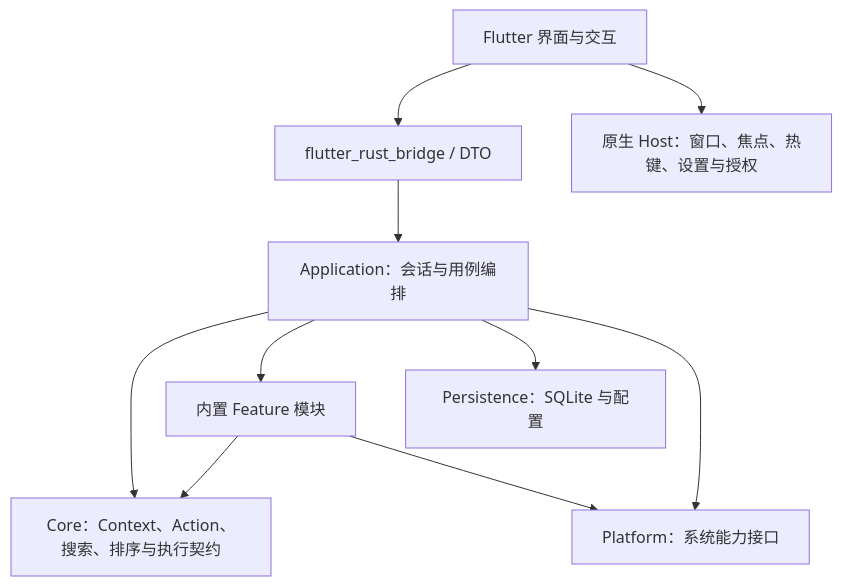
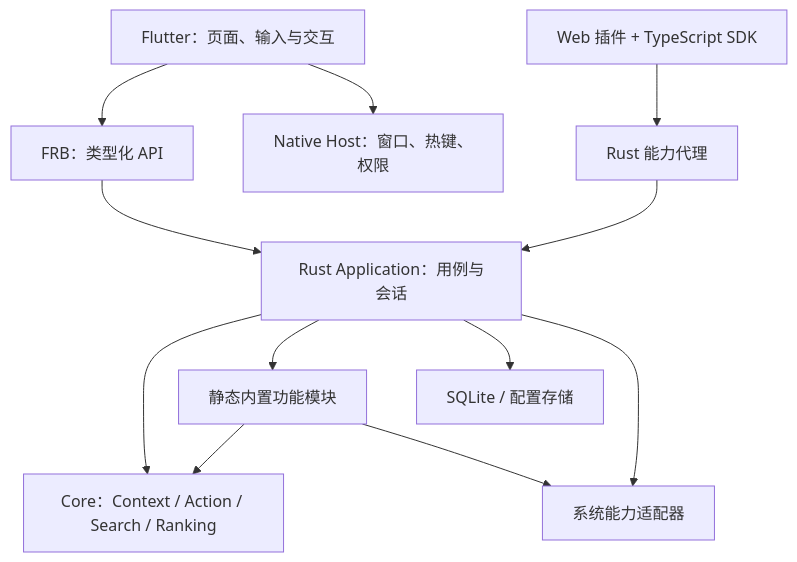
The diagram in README.md (FantasyDream/Anywhere), drawn with Mermaid before and after one commit. The commit also changed other lines of this file and 258 other files, not shown here.

````diff
--- a/README.md
+++ b/README.md
@@ -191,12 +51,14 @@
 ```mermaid
 flowchart TD
-    UI[Flutter 界面与交互] --> FRB[flutter_rust_bridge / DTO]
-    UI --> Host[原生 Host：窗口、焦点、热键、设置与授权]
-    FRB --> App[Application：会话与用例编排]
-    App --> Core[Core：Context、Action、搜索、排序与执行契约]
-    App --> Modules[内置 Feature 模块]
-    Modules --> Core
-    App --> Storage[Persistence：SQLite 与配置]
-    App --> Platform[Platform：系统能力接口]
-    Modules --> Platform
+    Flutter[Flutter：页面、输入与交互] --> Bridge[FRB：类型化 API]
+    Flutter --> Host[Native Host：窗口、热键、权限]
+    Bridge --> Application[Rust Application：用例与会话]
+    Application --> Core[Core：Context / Action / Search / Ranking]
+    Application --> Features[静态内置功能模块]
+    Features --> Core
+    Application --> Persistence[SQLite / 配置存储]
+    Application --> Platform[系统能力适配器]
+    Features --> Platform
+    Web[Web 插件 + TypeScript SDK] --> Broker[Rust 能力代理]
+    Broker --> Application
 ```
````
